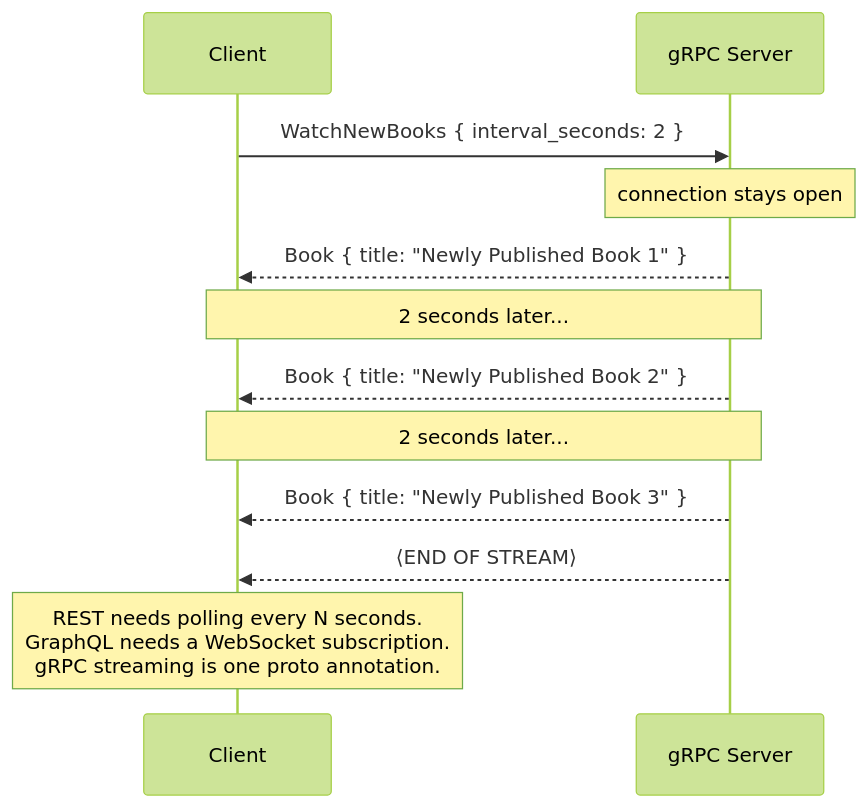
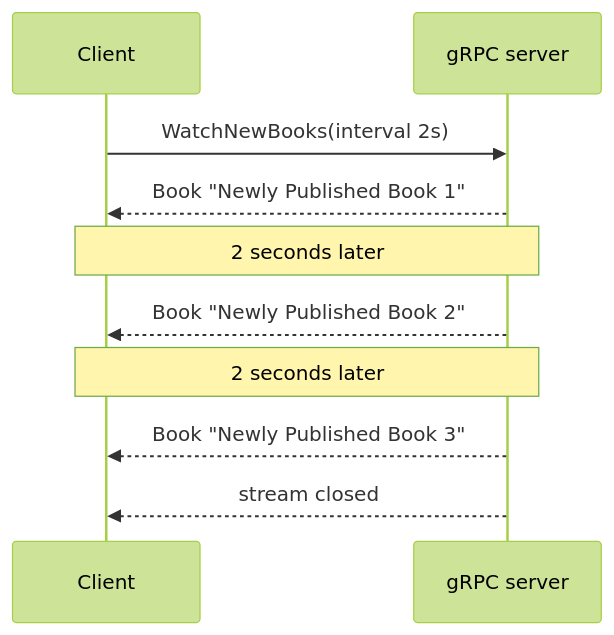
Diagram 11 of 13 in README.md (vaisakh-vn/api-comparison), drawn with Mermaid (forest theme) before and after one commit. The commit also changed other lines of this file, not shown here.

First line of the commit message:
Fix README diagram colors and correct gRPC comparison

````diff
--- a/README.md
+++ b/README.md
@@ -428,17 +391,13 @@
 ```mermaid
 sequenceDiagram
     participant C as Client
-    participant S as gRPC Server
+    participant S as gRPC server
 
-    C->>S: WatchNewBooks { interval_seconds: 2 }
-    Note over S: connection stays open
-
-    S-->>C: Book { title: "Newly Published Book 1" }
-    Note over C,S: 2 seconds later...
-    S-->>C: Book { title: "Newly Published Book 2" }
-    Note over C,S: 2 seconds later...
-    S-->>C: Book { title: "Newly Published Book 3" }
-    S-->>C: ⟨END OF STREAM⟩
-
-    Note over C: REST needs polling every N seconds.<br/>GraphQL needs a WebSocket subscription.<br/>gRPC streaming is one proto annotation.
+    C->>S: WatchNewBooks(interval 2s)
+    S-->>C: Book "Newly Published Book 1"
+    Note over C,S: 2 seconds later
+    S-->>C: Book "Newly Published Book 2"
+    Note over C,S: 2 seconds later
+    S-->>C: Book "Newly Published Book 3"
+    S-->>C: stream closed
 ```
````
